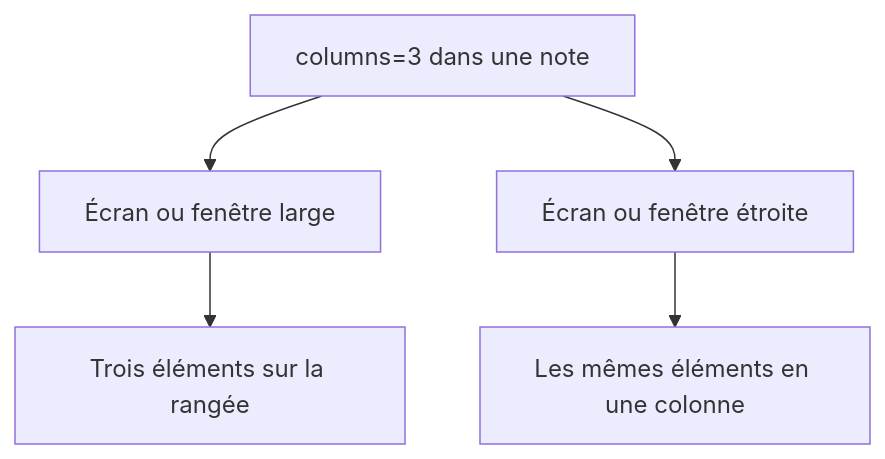
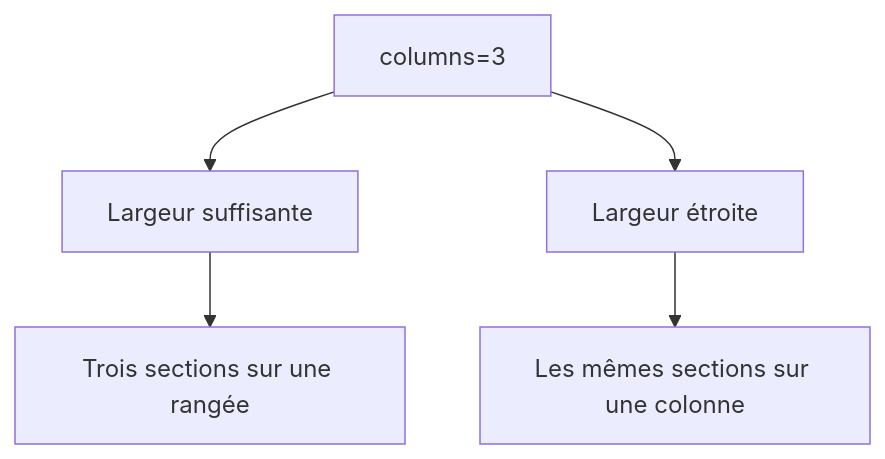
Before and after one commit to RebelliousSmile/obsidian-handbook: the first of 2 diagrams in aidd_docs/tasks/2026_09/2026_09_15_markdown-layout-regions/phase-3.md, drawn with Mermaid. The commit also changed other lines of this file and 7 other files, not shown here.

````diff
--- a/aidd_docs/tasks/2026_09/2026_09_15_markdown-layout-regions/phase-3.md
+++ b/aidd_docs/tasks/2026_09/2026_09_15_markdown-layout-regions/phase-3.md
@@ -23,7 +27,7 @@
 ```mermaid
 flowchart TD
-  A[columns=3 dans une note] --> B[Écran ou fenêtre large]
-  B --> C[Trois éléments sur la rangée]
-  A --> D[Écran ou fenêtre étroite]
-  D --> E[Les mêmes éléments en une colonne]
+  A[columns=3] --> B[Largeur suffisante]
+  B --> C[Trois sections sur une rangée]
+  A --> D[Largeur étroite]
+  D --> E[Les mêmes sections sur une colonne]
 ```
````
